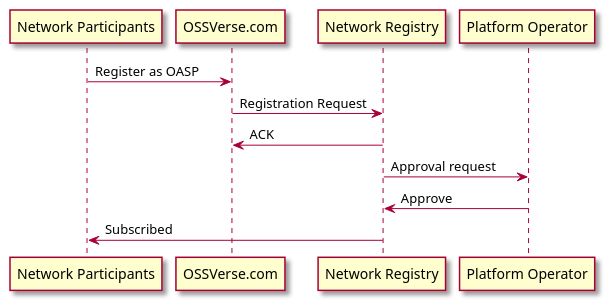
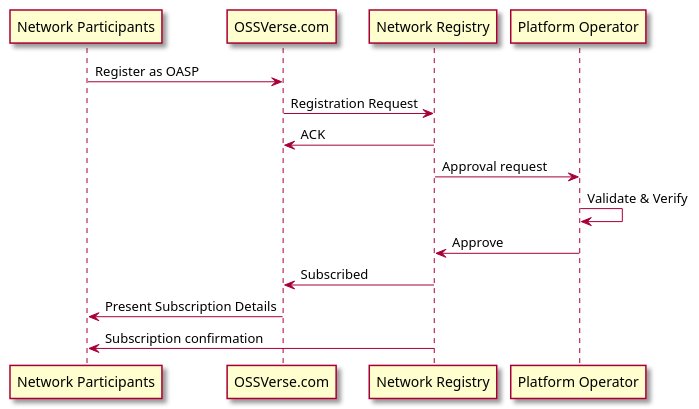
One commit to OSSVerse/OSSVerse changed the diagram in docs/puml/SequenceDiagram_OASP_onboarding.puml. Above: the diagram before and after it, drawn with PlantUML. The commit also changed 1 other file, not shown here.

```diff
--- a/docs/puml/SequenceDiagram_OASP_onboarding.puml
+++ b/docs/puml/SequenceDiagram_OASP_onboarding.puml
@@ -1,15 +1,19 @@
 @startuml
 
 skin rose
 
 
 "Network Participants" -> OSSVerse.com: Register as OASP
 OSSVerse.com -> "Network Registry": Registration Request
 "Network Registry" -> OSSVerse.com: ACK
 
 
 "Network Registry" -> "Platform Operator": Approval request
+"Platform Operator" -> "Platform Operator": Validate & Verify
 "Platform Operator" -> "Network Registry": Approve
-"Network Registry" -> "Network Participants": Subscribed
+
+"Network Registry" -> "OSSVerse.com": Subscribed
+"OSSVerse.com" -> "Network Participants": Present Subscription Details
+"Network Registry" -> "Network Participants": Subscription confirmation
 
 @enduml
```
